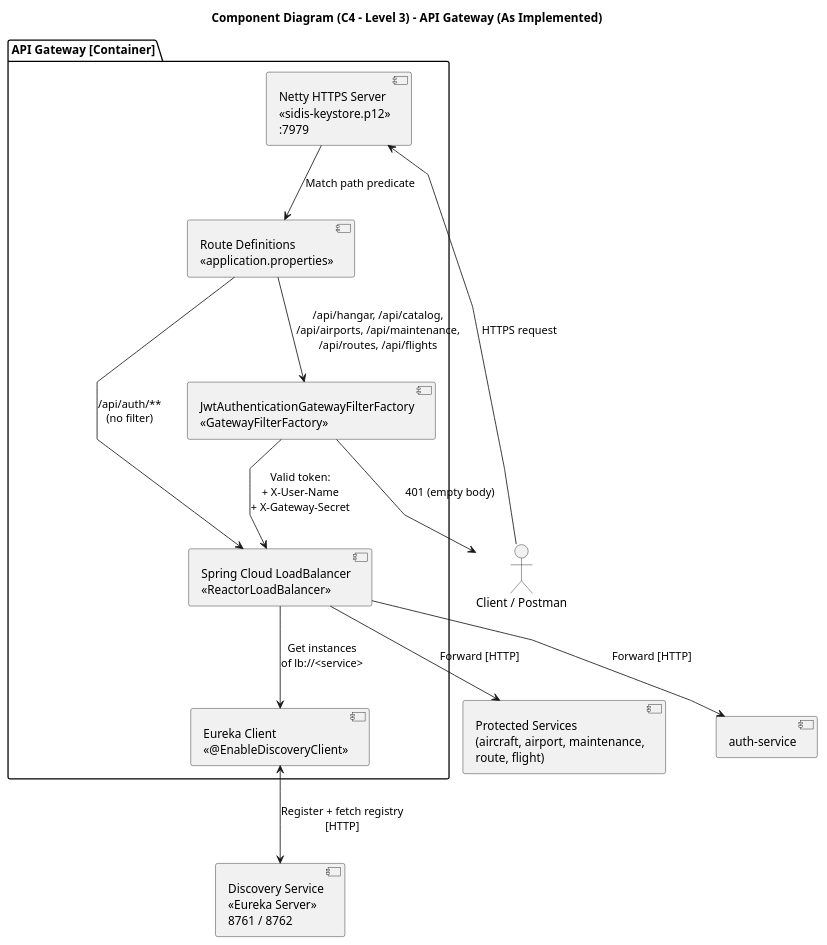
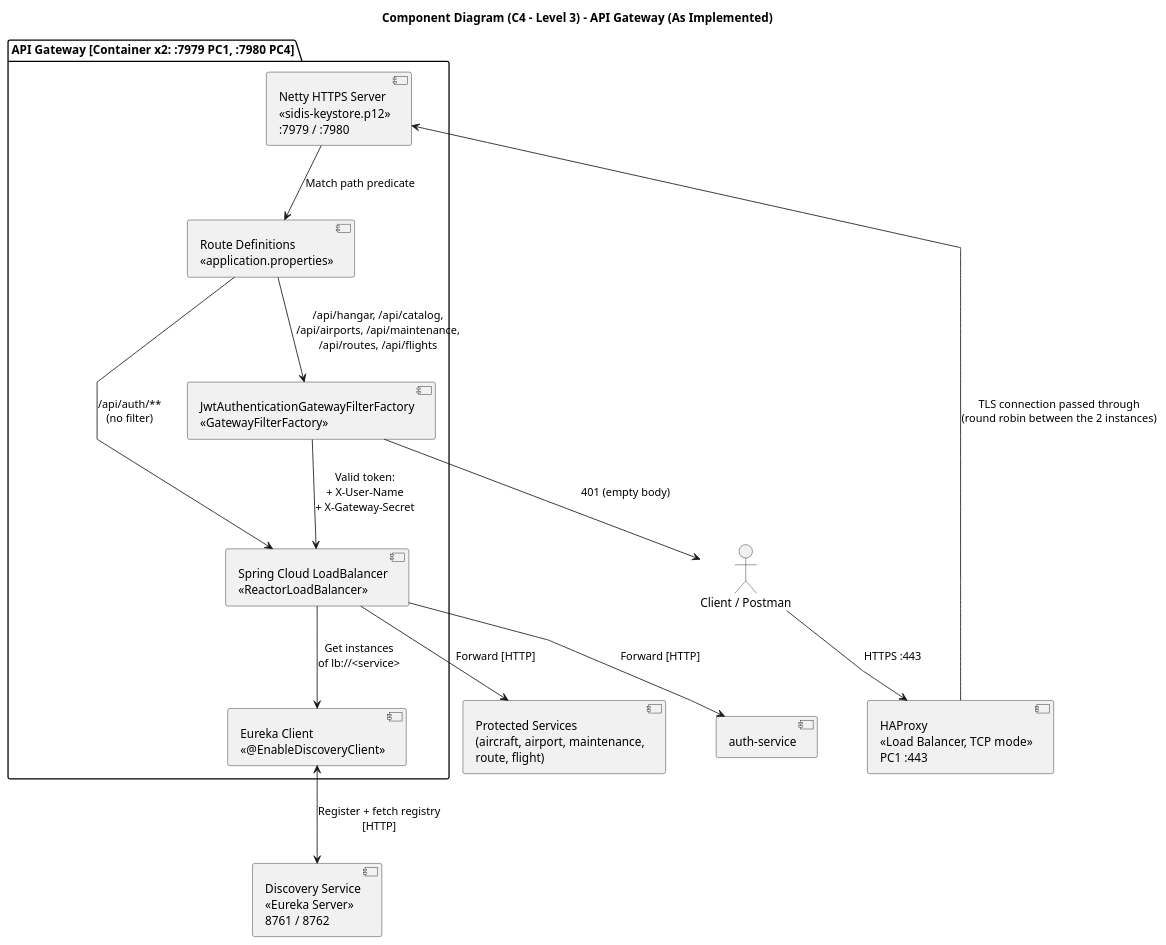
Before and after one commit to 8126Lucas/SIDIS_G6_3DA: the diagram in APIgateway/docs/architecture/architecture-c4-level3.puml, drawn with PlantUML. The commit also changed 48 other files, not shown here.

```diff
--- a/APIgateway/docs/architecture/architecture-c4-level3.puml
+++ b/APIgateway/docs/architecture/architecture-c4-level3.puml
@@ -1,37 +1,39 @@
 @startuml
 skinparam linetype polyline
 skinparam nodesep 60
 skinparam ranksep 70
 skinparam shadowing false
 skinparam componentStyle uml2
 
 title Component Diagram (C4 - Level 3) - API Gateway (As Implemented)
 
 actor "Client / Postman" as client
+component "HAProxy\n<<Load Balancer, TCP mode>>\nPC1 :443" as haproxy
 component "Discovery Service\n<<Eureka Server>>\n8761 / 8762" as eureka
 component "auth-service" as auth_service
 component "Protected Services\n(aircraft, airport, maintenance,\nroute, flight)" as protected_services
 
-package "API Gateway [Container]" {
-    component "Netty HTTPS Server\n<<sidis-keystore.p12>>\n:7979" as https_server
+package "API Gateway [Container x2: :7979 PC1, :7980 PC4]" {
+    component "Netty HTTPS Server\n<<sidis-keystore.p12>>\n:7979 / :7980" as https_server
     component "Route Definitions\n<<application.properties>>" as routes
     component "JwtAuthenticationGatewayFilterFactory\n<<GatewayFilterFactory>>" as jwt_filter
     component "Spring Cloud LoadBalancer\n<<ReactorLoadBalancer>>" as load_balancer
     component "Eureka Client\n<<@EnableDiscoveryClient>>" as eureka_client
 }
 
-client --> https_server : "HTTPS request"
+client --> haproxy : "HTTPS :443"
+haproxy --> https_server : "TLS connection passed through\n(round robin between the 2 instances)"
 https_server --> routes : "Match path predicate"
 
 routes --> load_balancer : "/api/auth/**\n(no filter)"
 routes --> jwt_filter : "/api/hangar, /api/catalog,\n/api/airports, /api/maintenance,\n/api/routes, /api/flights"
 jwt_filter --> load_balancer : "Valid token:\n+ X-User-Name\n+ X-Gateway-Secret"
 jwt_filter --> client : "401 (empty body)"
 
 load_balancer --> eureka_client : "Get instances\nof lb://<service>"
 eureka_client <--> eureka : "Register + fetch registry\n[HTTP]"
 
 load_balancer --> auth_service : "Forward [HTTP]"
 load_balancer --> protected_services : "Forward [HTTP]"
 
 @enduml
```
